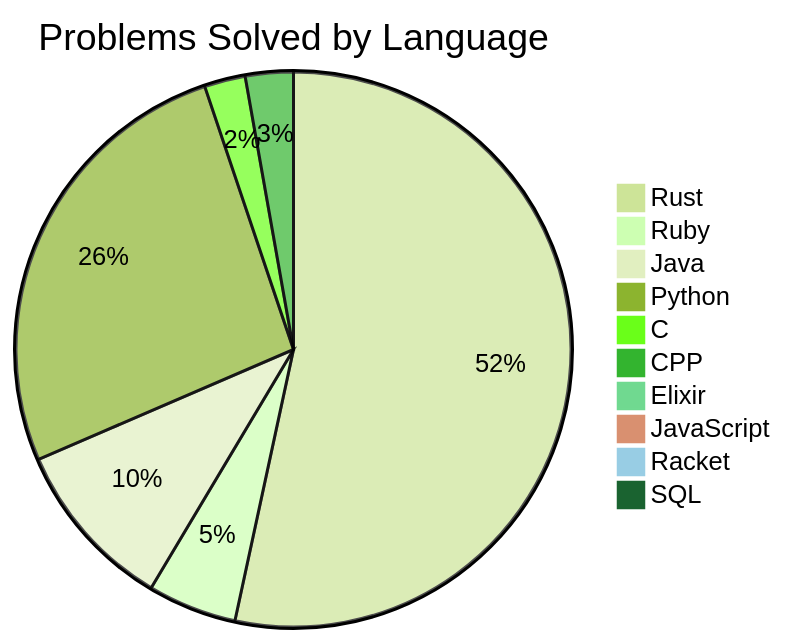
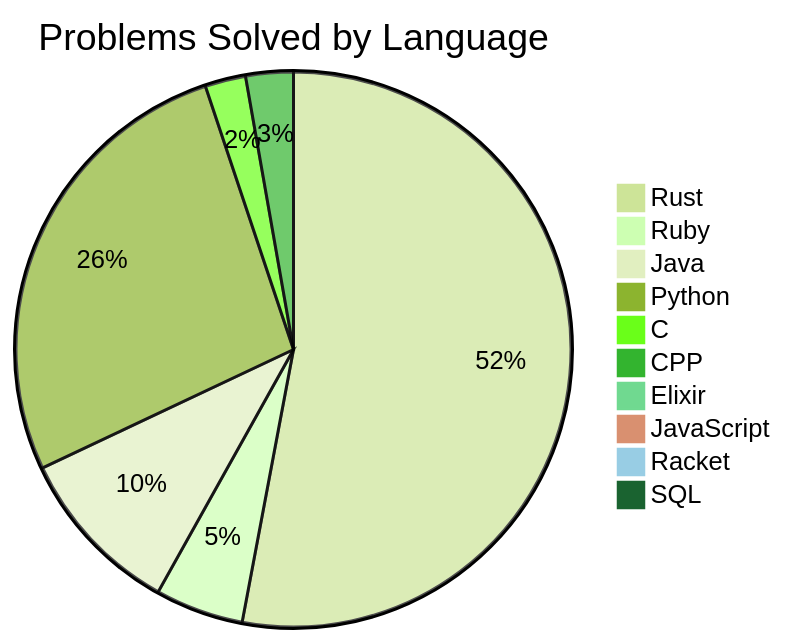
One commit to Liam-Wirth/leetcode-solutions changed the diagram in README.md. Above: the diagram before and after it, drawn with Mermaid (forest theme). The commit also changed other lines of this file and 4 other files, not shown here.

````diff
--- a/README.md
+++ b/README.md
@@ -29,13 +29,13 @@
 ```mermaid
 pie title Problems Solved by Language
     "Rust": 134
     "Ruby": 13
     "Java": 25
-    "Python": 66
+    "Python": 68
     "C": 6
     "CPP": 7
     "Elixir": 1
     "JavaScript": 2
     "Racket": 1
     "SQL": 2
 ```
````
